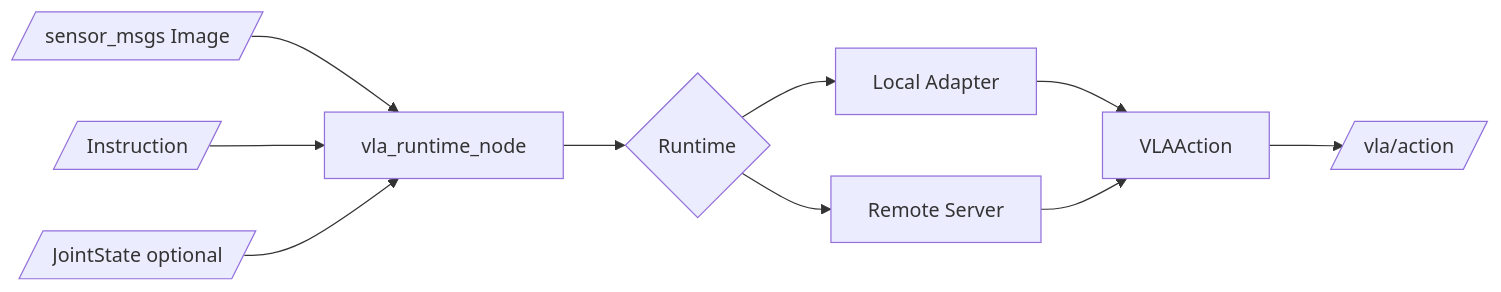
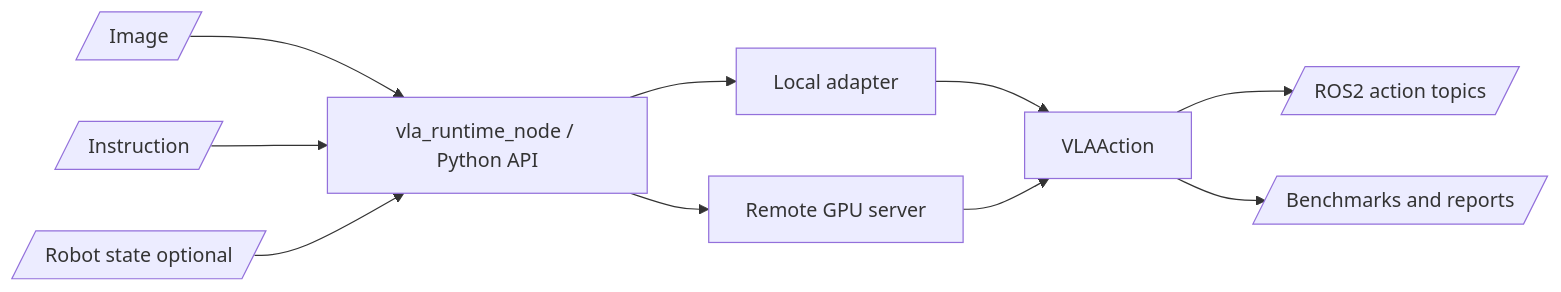
The diagram in README.md (rsasaki0109/vla_ros2), drawn with Mermaid before and after one commit. The commit also changed other lines of this file, not shown here.

````diff
--- a/README.md
+++ b/README.md
@@ -487,12 +159,12 @@
 ```mermaid
 flowchart LR
-  Camera[/sensor_msgs Image/] --> ROSNode[vla_runtime_node]
-  Instr[/Instruction/] --> ROSNode
-  State[/JointState optional/] --> ROSNode
-  ROSNode --> Runtime{Runtime}
-  Runtime --> Local[Local Adapter]
-  Runtime --> Remote[Remote Server]
+  Camera[/Image/] --> Runtime[vla_runtime_node / Python API]
+  Instruction[/Instruction/] --> Runtime
+  State[/Robot state optional/] --> Runtime
+  Runtime --> Local[Local adapter]
+  Runtime --> Remote[Remote GPU server]
   Local --> Action[VLAAction]
   Remote --> Action
-  Action --> Topic[/vla/action/]
+  Action --> ROS[/ROS2 action topics/]
+  Action --> Bench[/Benchmarks and reports/]
 ```
````
